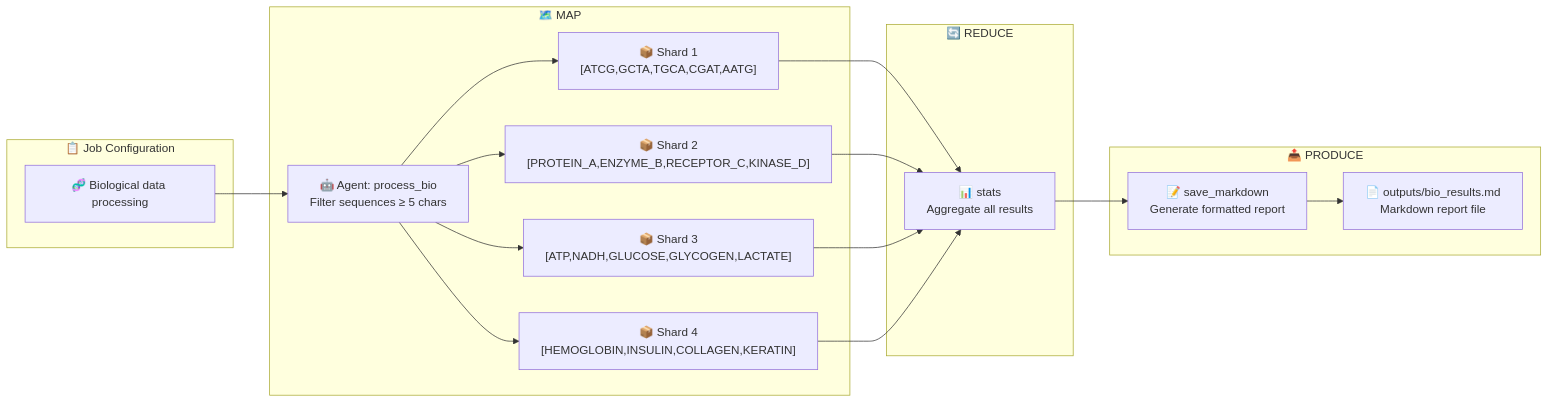
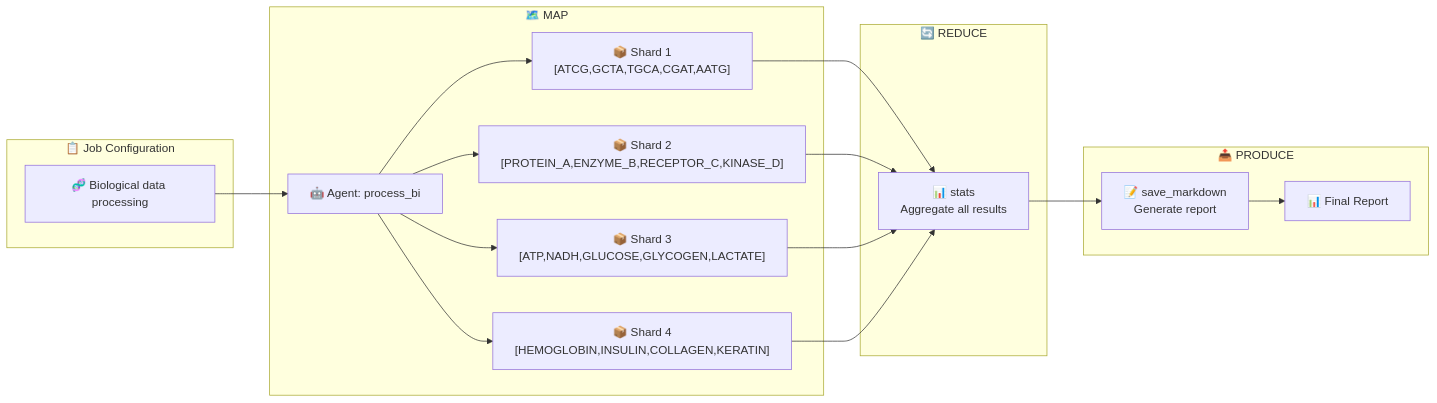
The diagram in README.md (A10i-labs/mrp), drawn with Mermaid before and after one commit.

Commit message:
adding mermaid chart

````diff
--- a/README.md
+++ b/README.md
@@ -12,35 +12,35 @@
 ```mermaid
 graph LR
     subgraph "📋 Job Configuration"
         JOB["🧬 Biological data processing "]
     end
     
     subgraph "🗺️ MAP"
-        AGENT["🤖 Agent: process_bio<br/>Filter sequences ≥ 5 chars"]
+        AGENT["🤖 Agent: process_bi"]
         DATA1["📦 Shard 1<br/>[ATCG,GCTA,TGCA,CGAT,AATG]"]
         DATA2["📦 Shard 2<br/>[PROTEIN_A,ENZYME_B,RECEPTOR_C,KINASE_D]"]
         DATA3["📦 Shard 3<br/>[ATP,NADH,GLUCOSE,GLYCOGEN,LACTATE]"]
         DATA4["📦 Shard 4<br/>[HEMOGLOBIN,INSULIN,COLLAGEN,KERATIN]"]
     end
     
     subgraph "🔄 REDUCE"
         REDUCE["📊 stats<br/>Aggregate all results"]
     end
     
     subgraph "📤 PRODUCE "
-        PRODUCE["📝 save_markdown<br/>Generate formatted report"]
-        OUTPUT["📄 outputs/bio_results.md<br/>Markdown report file"]
+        PRODUCE["📝 save_markdown<br/>Generate  report"]
+        OUTPUT["📊 Final Report"]
     end
     
     JOB --> AGENT
     AGENT --> DATA1
     AGENT --> DATA2  
     AGENT --> DATA3
     AGENT --> DATA4
     DATA1 --> REDUCE
     DATA2 --> REDUCE
     DATA3 --> REDUCE
     DATA4 --> REDUCE
     REDUCE --> PRODUCE
     PRODUCE --> OUTPUT
 ```
````
